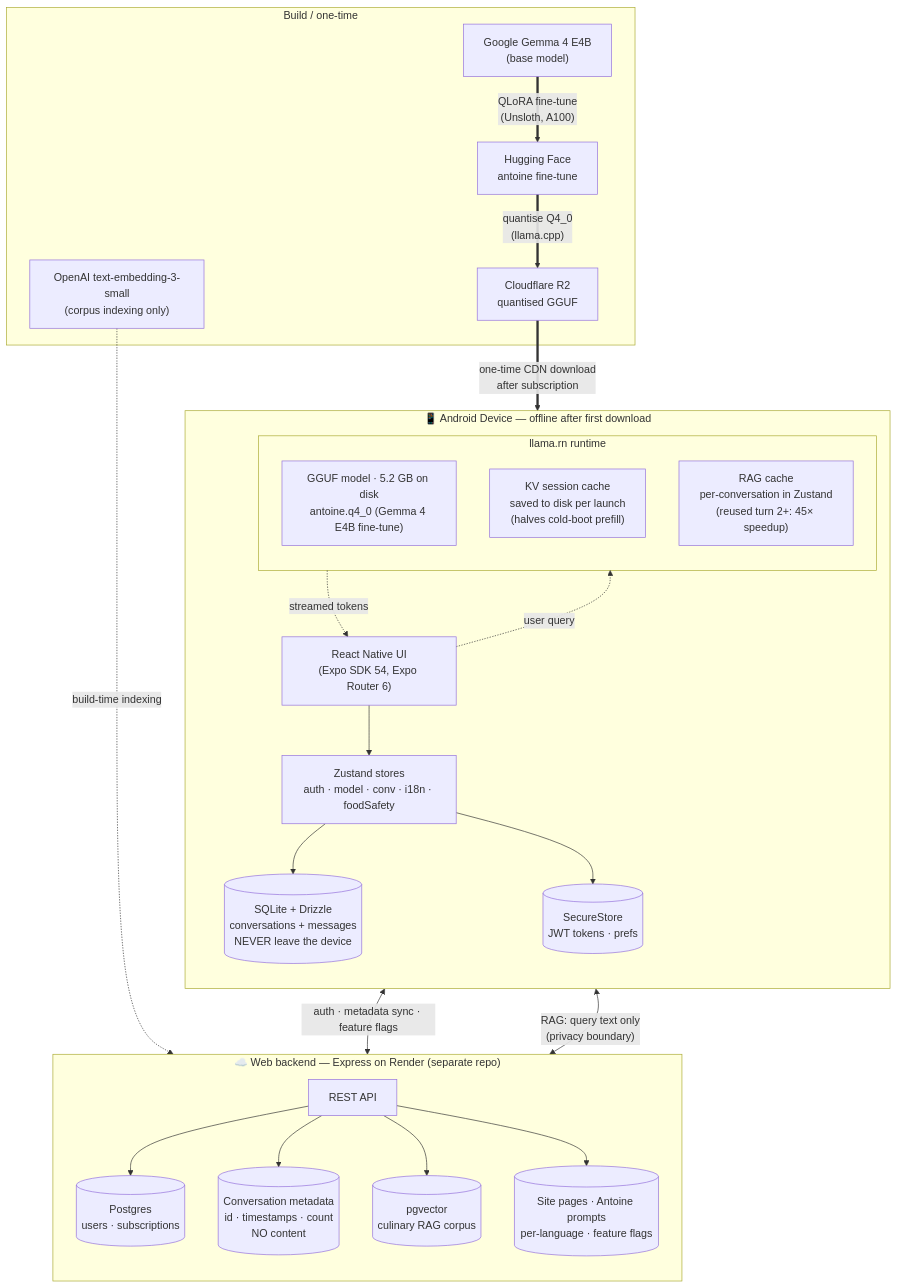
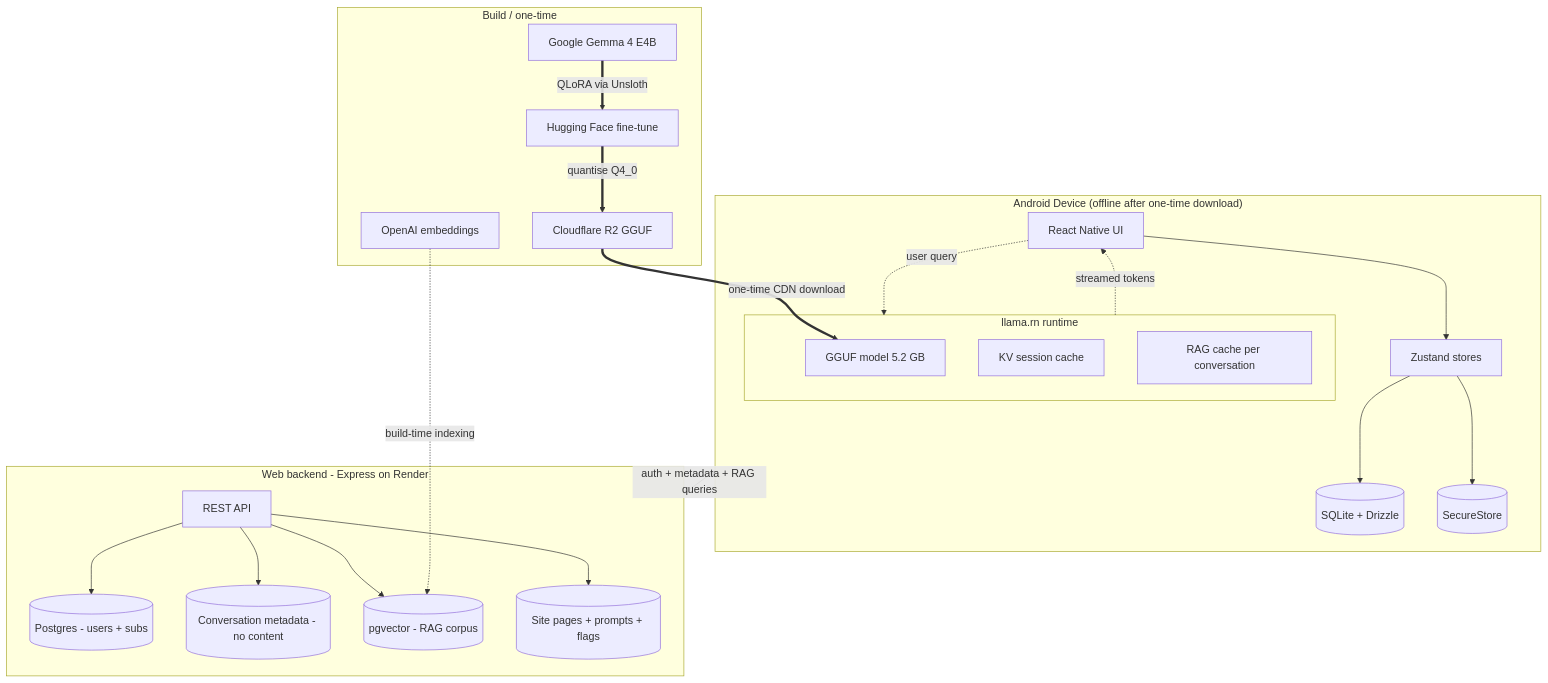
Before and after one commit to robertangeles/cc-culinaire-kitchen-mobile: the diagram in README.md, drawn with Mermaid. The commit also changed other lines of this file, not shown here.

Commit message:
docs: rework README mermaid diagram to render on GitHub
GitHub's mermaid renderer (older dagre layout engine) crashed with
"Could not find a suitable point for the given distance" on the
original diagram. Triggered by a combination of forced `direction TB`
declarations inside subgraphs, multiple cross-subgraph bidirectional
edges, and `<br/>` inside cylinder/database nodes — dagre's known
weak spots.

Rewrote with the conservative subset: no in-subgraph direction, single
bidirectional Phone↔Server edge instead of two, single-line edge labels
via pipe syntax, no `<br/>` in node labels. Same shape, same intent,
renders cleanly on github.com.

Tested locally; explanatory paragraphs below the diagram preserved.

````diff
--- a/README.md
+++ b/README.md
@@ -11,47 +11,44 @@
 ```mermaid
 flowchart TB
-    subgraph Phone["📱 Android Device — offline after first download"]
-        direction TB
-        UI["React Native UI<br/>(Expo SDK 54, Expo Router 6)"]
-        Stores["Zustand stores<br/>auth · model · conv · i18n · foodSafety"]
-        DB[("SQLite + Drizzle<br/>conversations + messages<br/>NEVER leave the device")]
-        Sec[("SecureStore<br/>JWT tokens · prefs")]
+    subgraph Phone["Android Device (offline after one-time download)"]
+        UI[React Native UI]
+        Stores[Zustand stores]
+        DB[(SQLite + Drizzle)]
+        Sec[(SecureStore)]
         subgraph LLM["llama.rn runtime"]
-            Model["GGUF model · 5.2 GB on disk<br/>antoine.q4_0 (Gemma 4 E4B fine-tune)"]
-            KV["KV session cache<br/>saved to disk per launch<br/>(halves cold-boot prefill)"]
-            RC["RAG cache<br/>per-conversation in Zustand<br/>(reused turn 2+: 45× speedup)"]
+            Model[GGUF model 5.2 GB]
+            KV[KV session cache]
+            RC[RAG cache per conversation]
         end
         UI --> Stores
         Stores --> DB
         Stores --> Sec
-        UI -. "user query" .-> LLM
-        LLM -. "streamed tokens" .-> UI
+        UI -.->|user query| LLM
+        LLM -.->|streamed tokens| UI
     end
 
-    subgraph Server["☁️ Web backend — Express on Render (separate repo)"]
-        direction TB
-        API["REST API"]
-        Auth[("Postgres<br/>users · subscriptions")]
-        Meta[("Conversation metadata<br/>id · timestamps · count<br/>NO content")]
-        Vec[("pgvector<br/>culinary RAG corpus")]
-        Pages[("Site pages · Antoine prompts<br/>per-language · feature flags")]
+    subgraph Server["Web backend - Express on Render"]
+        API[REST API]
+        Auth[(Postgres - users + subs)]
+        Meta[(Conversation metadata - no content)]
+        Vec[(pgvector - RAG corpus)]
+        Pages[(Site pages + prompts + flags)]
         API --> Auth
         API --> Meta
         API --> Vec
         API --> Pages
     end
 
     subgraph Build["Build / one-time"]
-        Gemma["Google Gemma 4 E4B<br/>(base model)"]
-        HF["Hugging Face<br/>antoine fine-tune"]
-        R2["Cloudflare R2<br/>quantised GGUF"]
-        OAI["OpenAI text-embedding-3-small<br/>(corpus indexing only)"]
+        Gemma[Google Gemma 4 E4B]
+        HF[Hugging Face fine-tune]
+        R2[Cloudflare R2 GGUF]
+        OAI[OpenAI embeddings]
     end
 
-    Phone <-- "auth · metadata sync · feature flags" --> Server
-    Phone <-- "RAG: query text only<br/>(privacy boundary)" --> Server
-    R2 == "one-time CDN download<br/>after subscription" ==> Model
-    Gemma == "QLoRA fine-tune<br/>(Unsloth, A100)" ==> HF
-    HF == "quantise Q4_0<br/>(llama.cpp)" ==> R2
-    OAI -. "build-time indexing" .-> Vec
+    Phone <-->|auth + metadata + RAG queries| Server
+    R2 ==>|one-time CDN download| Model
+    Gemma ==>|QLoRA via Unsloth| HF
+    HF ==>|quantise Q4_0| R2
+    OAI -.->|build-time indexing| Vec
 ```
````
